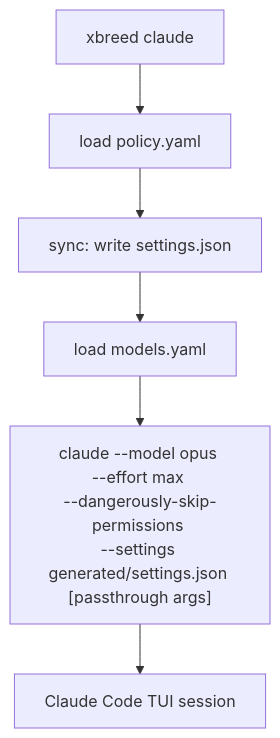
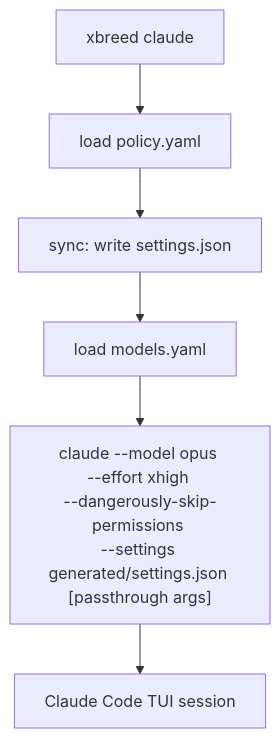
Before and after one commit to VeigaPunk/xbrd-gdsp-fknpft: the third of 11 diagrams in docs/command-flows.md, drawn with Mermaid. The commit also changed 15 other files, not shown here.

````diff
--- a/docs/command-flows.md
+++ b/docs/command-flows.md
@@ -55,8 +55,8 @@
 ```mermaid
 flowchart TD
     A[xbreed claude] --> B[load policy.yaml]
     B --> C[sync: write settings.json]
     C --> D[load models.yaml]
-    D --> E["claude --model opus \n--effort max \n--dangerously-skip-permissions \n--settings generated/settings.json \n[passthrough args]"]
+    D --> E["claude --model opus \n--effort xhigh \n--dangerously-skip-permissions \n--settings generated/settings.json \n[passthrough args]"]
     E --> F[Claude Code TUI session]
 ```
````
